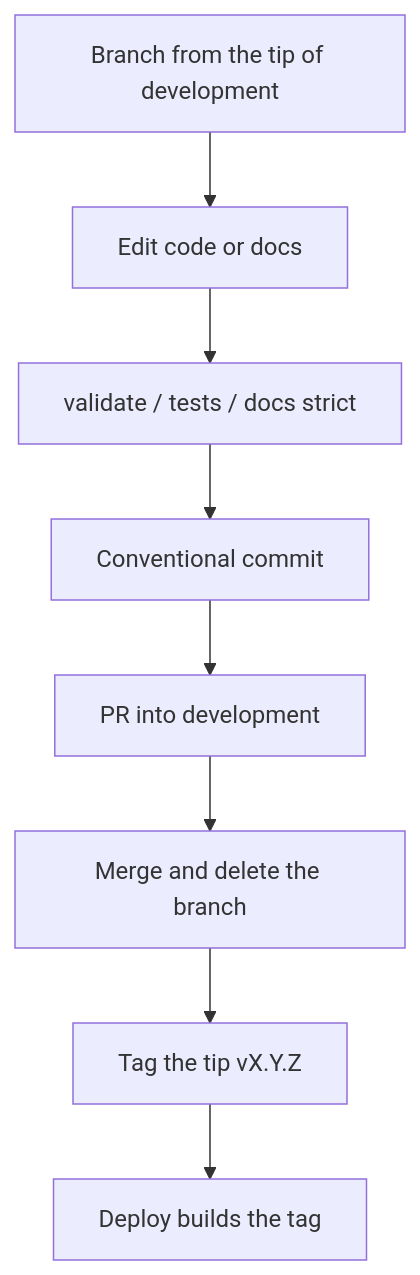
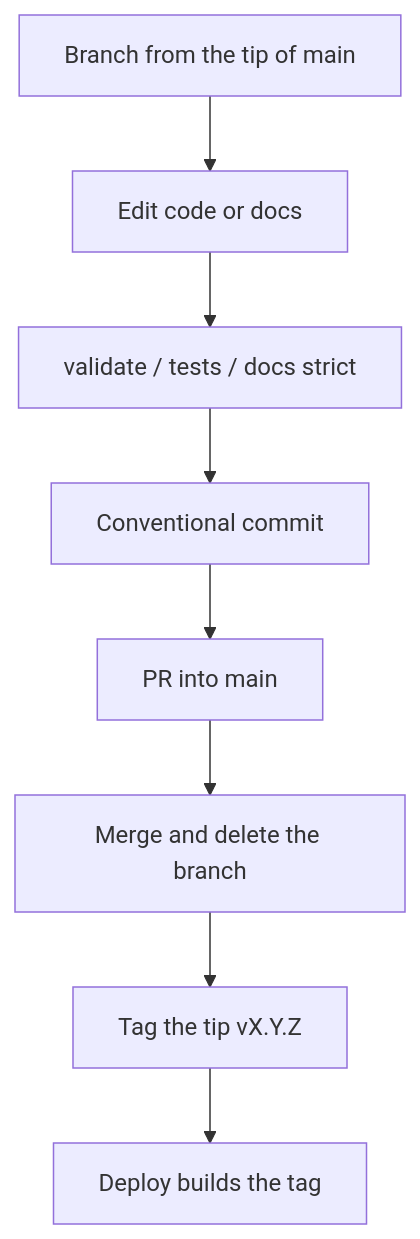
One commit to toxicoder/inkorporated changed the diagram in docs/project-conventions.md. Above: the diagram before and after it, drawn with Mermaid. The commit also changed other lines of this file and 593 other files, not shown here.

````diff
--- a/docs/project-conventions.md
+++ b/docs/project-conventions.md
@@ -21,10 +21,10 @@
 ```mermaid
 flowchart TD
-  branch[Branch from the tip of development] --> edit[Edit code or docs]
+  branch[Branch from the tip of main] --> edit[Edit code or docs]
   edit --> validate[validate / tests / docs strict]
   validate --> commit[Conventional commit]
-  commit --> pr[PR into development]
+  commit --> pr[PR into main]
   pr --> merge[Merge and delete the branch]
   merge --> tag[Tag the tip vX.Y.Z]
   tag --> deploy[Deploy builds the tag]
 ```
````
